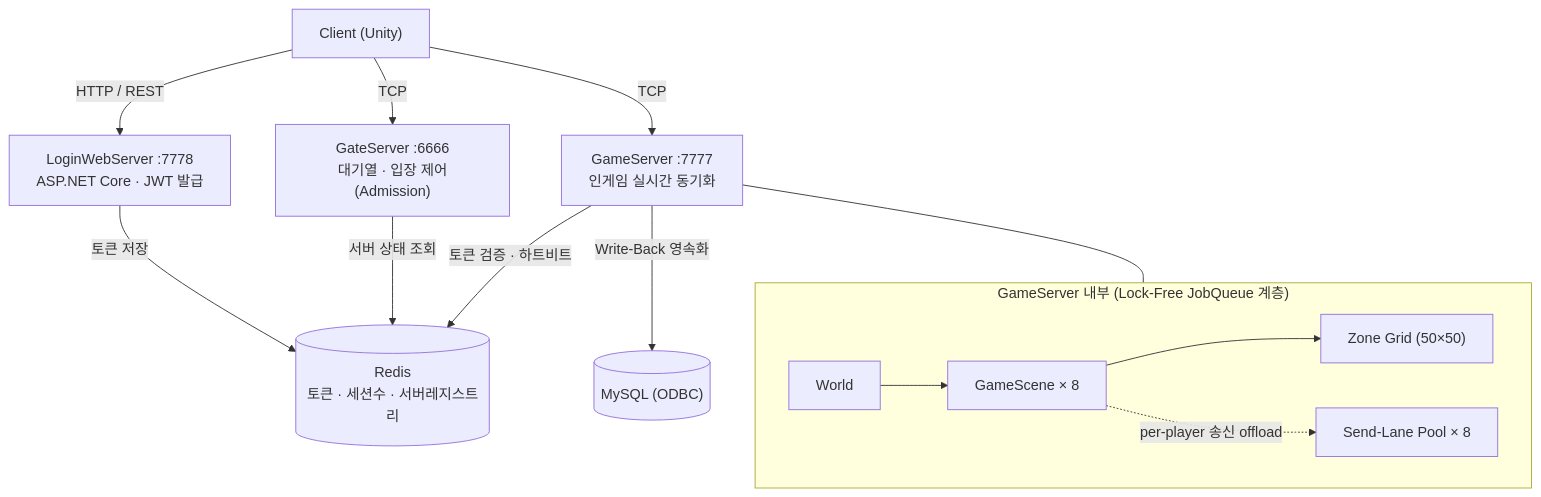
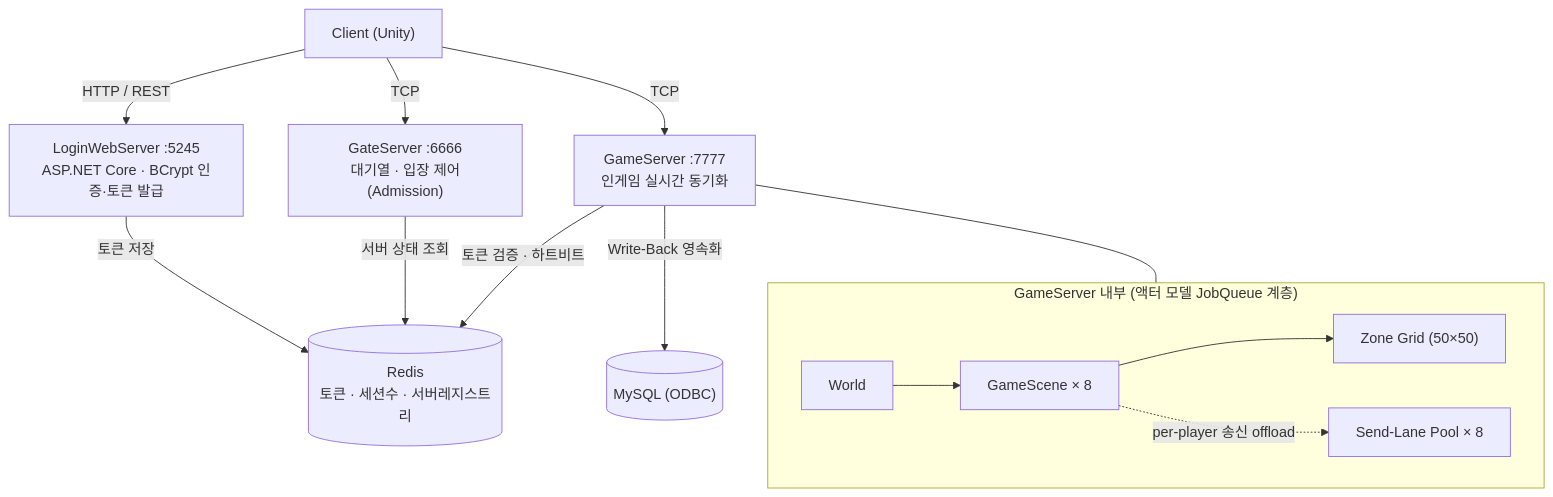
The diagram in README.md (chanhee2635/c-gameserver), drawn with Mermaid before and after one commit. The commit also changed other lines of this file and 23 other files, not shown here.

````diff
--- a/README.md
+++ b/README.md
@@ -58,20 +52,20 @@
 ```mermaid
 flowchart TD
     C["Client (Unity)"]
 
-    C -- "HTTP / REST" --> L["LoginWebServer :7778<br/>ASP.NET Core · JWT 발급"]
+    C -- "HTTP / REST" --> L["LoginWebServer :5245<br/>ASP.NET Core · BCrypt 인증·토큰 발급"]
     C -- "TCP" --> G["GateServer :6666<br/>대기열 · 입장 제어(Admission)"]
     C -- "TCP" --> S["GameServer :7777<br/>인게임 실시간 동기화"]
 
     L -- "토큰 저장" --> R[("Redis<br/>토큰 · 세션수 · 서버레지스트리")]
     G -- "서버 상태 조회" --> R
     S -- "토큰 검증 · 하트비트" --> R
     S -- "Write-Back 영속화" --> DB[("MySQL (ODBC)")]
 
-    subgraph GS ["GameServer 내부 (Lock-Free JobQueue 계층)"]
+    subgraph GS ["GameServer 내부 (액터 모델 JobQueue 계층)"]
         W["World"] --> SC["GameScene × 8"]
         SC --> Z["Zone Grid (50×50)"]
         SC -. "per-player 송신 offload" .-> LANE["Send-Lane Pool × 8"]
     end
     S --- GS
 ```
````
